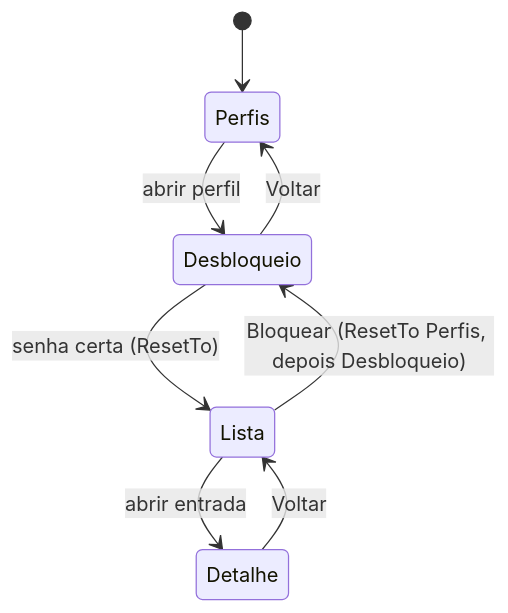
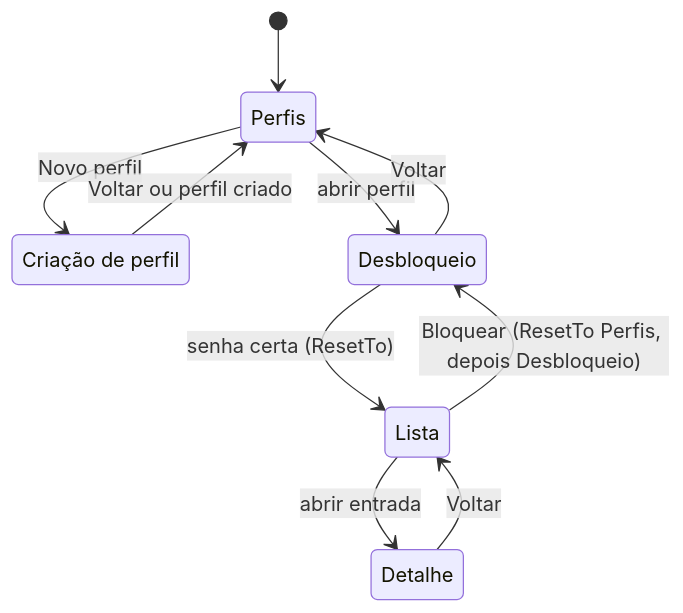
The seventh of 7 diagrams in docs/architecture.md (lucas-llb/passwordManagement), drawn with Mermaid before and after one commit. The commit also changed other lines of this file and 21 other files, not shown here.

````diff
--- a/docs/architecture.md
+++ b/docs/architecture.md
@@ -273,10 +290,13 @@
 ```mermaid
 stateDiagram-v2
     [*] --> Perfis
+    state "Criação de perfil" as Criacao
+    Perfis --> Criacao: Novo perfil
+    Criacao --> Perfis: Voltar ou perfil criado
     Perfis --> Desbloqueio: abrir perfil
     Desbloqueio --> Perfis: Voltar
     Desbloqueio --> Lista: senha certa (ResetTo)
     Lista --> Detalhe: abrir entrada
     Detalhe --> Lista: Voltar
     Lista --> Desbloqueio: Bloquear (ResetTo Perfis, depois Desbloqueio)
 ```
````
